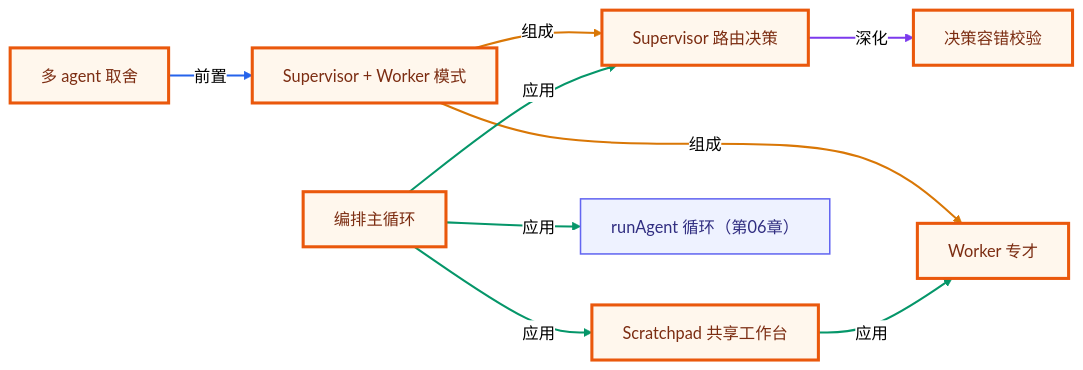
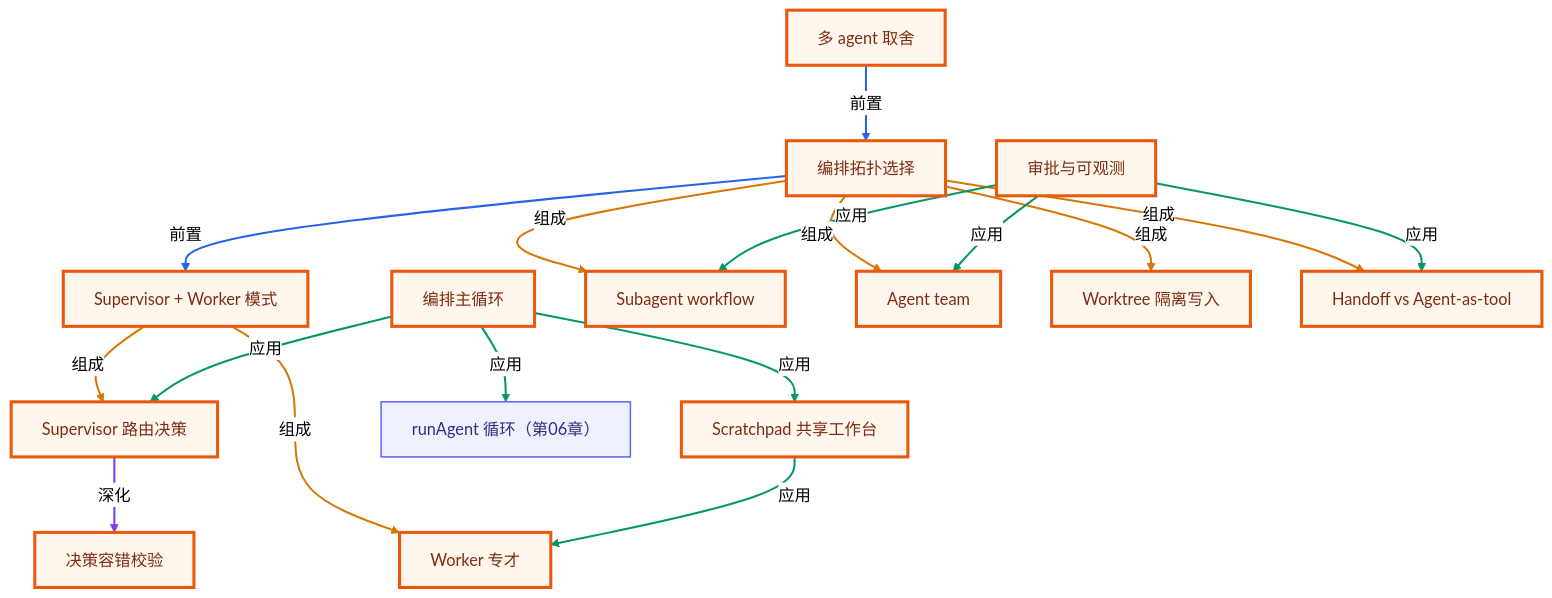
Before and after one commit to songuu/agent: the second of 2 diagrams in lessons/11-multi-agent-orchestration/README.md, drawn with Mermaid (neutral theme). The commit also changed other lines of this file and 10 other files, not shown here.

First line of the commit message:
Enhance diagram zoom functionality and update curriculum

````diff
--- a/lessons/11-multi-agent-orchestration/README.md
+++ b/lessons/11-multi-agent-orchestration/README.md
@@ -226,31 +401,53 @@
 ```mermaid
-graph LR
+graph TB
   classDef own fill:#fff7ed,stroke:#ea580c,stroke-width:3px,color:#7c2d12;
   classDef cross fill:#eef2ff,stroke:#6366f1,stroke-width:1.5px,color:#312e81;
   n_c11_supervisor_worker["Supervisor + Worker 模式"]
+  n_c11_topology_choice["编排拓扑选择"]
   n_c11_supervisor_routing["Supervisor 路由决策"]
   n_c11_worker_specialist["Worker 专才"]
   n_c11_scratchpad["Scratchpad 共享工作台"]
   n_c11_orchestration_loop["编排主循环"]
   n_c11_cost_tradeoff["多 agent 取舍"]
   n_c11_decision_validation["决策容错校验"]
+  n_c11_subagent_workflow["Subagent workflow"]
+  n_c11_agent_team["Agent team"]
+  n_c11_worktree_isolation["Worktree 隔离写入"]
+  n_c11_handoff_agent_tool["Handoff vs Agent-as-tool"]
+  n_c11_approval_observability["审批与可观测"]
   n_c06_run_agent_loop["runAgent 循环（第06章）"]
   n_c11_supervisor_worker -->|组成| n_c11_supervisor_routing
   n_c11_supervisor_worker -->|组成| n_c11_worker_specialist
+  n_c11_topology_choice -->|前置| n_c11_supervisor_worker
+  n_c11_topology_choice -->|组成| n_c11_subagent_workflow
+  n_c11_topology_choice -->|组成| n_c11_agent_team
+  n_c11_topology_choice -->|组成| n_c11_worktree_isolation
+  n_c11_topology_choice -->|组成| n_c11_handoff_agent_tool
   n_c11_supervisor_routing -->|深化| n_c11_decision_validation
   n_c11_orchestration_loop -->|应用| n_c11_supervisor_routing
   n_c11_orchestration_loop -->|应用| n_c11_scratchpad
   n_c11_scratchpad -->|应用| n_c11_worker_specialist
-  n_c11_cost_tradeoff -->|前置| n_c11_supervisor_worker
+  n_c11_cost_tradeoff -->|前置| n_c11_topology_choice
+  n_c11_approval_observability -->|应用| n_c11_subagent_workflow
+  n_c11_approval_observability -->|应用| n_c11_agent_team
+  n_c11_approval_observability -->|应用| n_c11_handoff_agent_tool
   n_c11_orchestration_loop -->|应用| n_c06_run_agent_loop
-  class n_c11_supervisor_worker,n_c11_supervisor_routing,n_c11_worker_specialist,n_c11_scratchpad,n_c11_orchestration_loop,n_c11_cost_tradeoff,n_c11_decision_validation own;
+  class n_c11_supervisor_worker,n_c11_topology_choice,n_c11_supervisor_routing,n_c11_worker_specialist,n_c11_scratchpad,n_c11_orchestration_loop,n_c11_cost_tradeoff,n_c11_decision_validation,n_c11_subagent_workflow,n_c11_agent_team,n_c11_worktree_isolation,n_c11_handoff_agent_tool,n_c11_approval_observability own;
   class n_c06_run_agent_loop cross;
   linkStyle 0 stroke:#d97706,stroke-width:2px;
   linkStyle 1 stroke:#d97706,stroke-width:2px;
-  linkStyle 2 stroke:#7c3aed,stroke-width:2px;
-  linkStyle 3 stroke:#059669,stroke-width:2px;
-  linkStyle 4 stroke:#059669,stroke-width:2px;
-  linkStyle 5 stroke:#059669,stroke-width:2px;
-  linkStyle 6 stroke:#2563eb,stroke-width:2px;
-  linkStyle 7 stroke:#059669,stroke-width:2px;
+  linkStyle 2 stroke:#2563eb,stroke-width:2px;
+  linkStyle 3 stroke:#d97706,stroke-width:2px;
+  linkStyle 4 stroke:#d97706,stroke-width:2px;
+  linkStyle 5 stroke:#d97706,stroke-width:2px;
+  linkStyle 6 stroke:#d97706,stroke-width:2px;
+  linkStyle 7 stroke:#7c3aed,stroke-width:2px;
+  linkStyle 8 stroke:#059669,stroke-width:2px;
+  linkStyle 9 stroke:#059669,stroke-width:2px;
+  linkStyle 10 stroke:#059669,stroke-width:2px;
+  linkStyle 11 stroke:#2563eb,stroke-width:2px;
+  linkStyle 12 stroke:#059669,stroke-width:2px;
+  linkStyle 13 stroke:#059669,stroke-width:2px;
+  linkStyle 14 stroke:#059669,stroke-width:2px;
+  linkStyle 15 stroke:#059669,stroke-width:2px;
 ```
````
